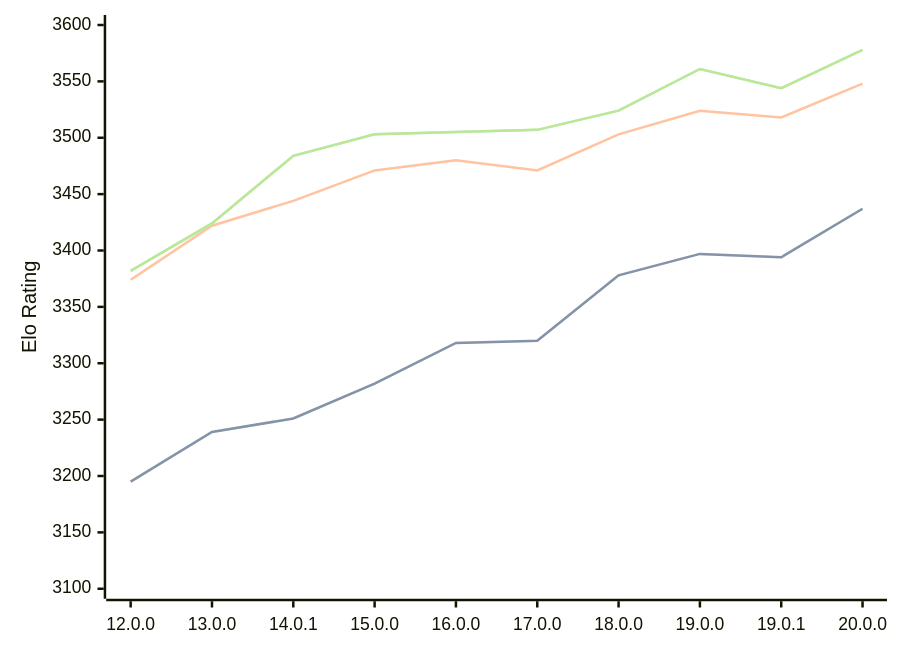
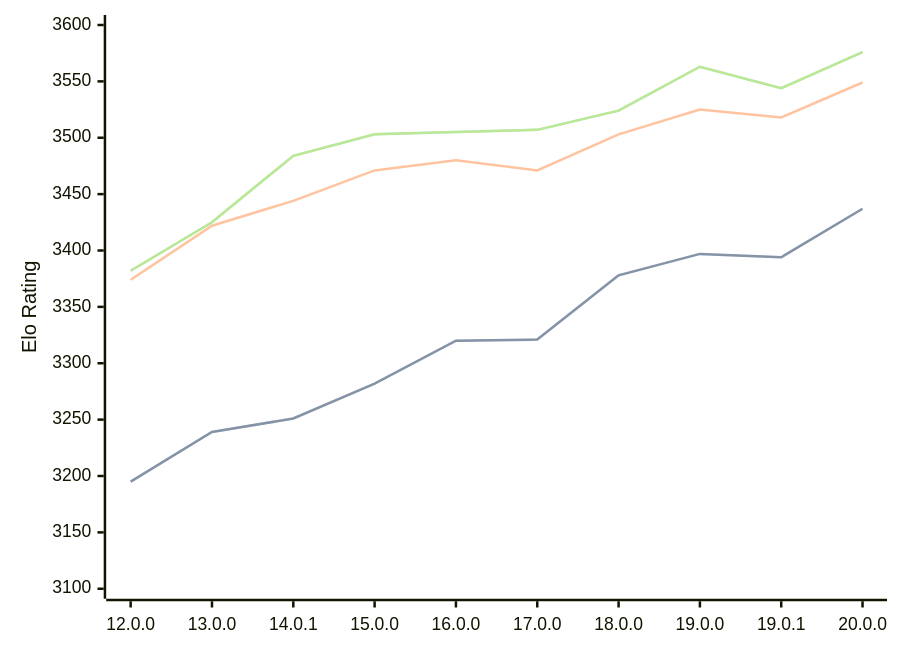
Before and after one commit to computer-chess-index/cci: the diagram in engines/Viridithas.md, drawn with Mermaid. The commit also changed other lines of this file, not shown here.

Commit message:
Update CCI Ratings (ELO VLTC) - 2026-08-17

````diff
--- a/engines/Viridithas.md
+++ b/engines/Viridithas.md
@@ -40,11 +40,11 @@
 ```mermaid
 %%{init: {"theme":"base","themeVariables":{"seriesColors:['#a3a3a3','#222221','#faa371']}}}%%
 xychart-beta
   x-axis ["12.0.0", "13.0.0", "14.0.1", "15.0.0", "16.0.0", "17.0.0", "18.0.0", "19.0.0", "19.0.1", "20.0.0"]
   y-axis "Elo Rating" 3100 --> 3600
-  line "STC (8.0+0.08s)" [3195, 3239, 3251, 3282, 3318, 3320, 3378, 3397, 3394, 3437]
-  line "STC (8.0+0.08s)" [3195, 3239, 3251, 3282, 3318, 3320, 3378, 3397, 3394, 3437]
-  line "LTC (60.0+0.60s)" [3374, 3422, 3444, 3471, 3480, 3471, 3503, 3524, 3518, 3548]
-  line "VLTC (2m24s+1.12s)" [3382, 3424, 3484, 3503, 3505, 3507, 3524, 3561, 3544, 3578]
-  line "VLTC (2m24s+1.12s)" [3382, 3424, 3484, 3503, 3505, 3507, 3524, 3561, 3544, 3578]
+  line "STC (8.0+0.08s)" [3195, 3239, 3251, 3282, 3320, 3321, 3378, 3397, 3394, 3437]
+  line "STC (8.0+0.08s)" [3195, 3239, 3251, 3282, 3320, 3321, 3378, 3397, 3394, 3437]
+  line "LTC (60.0+0.60s)" [3374, 3422, 3444, 3471, 3480, 3471, 3503, 3525, 3518, 3549]
+  line "VLTC (2m24s+1.12s)" [3382, 3425, 3484, 3503, 3505, 3507, 3524, 3563, 3544, 3576]
+  line "VLTC (2m24s+1.12s)" [3382, 3425, 3484, 3503, 3505, 3507, 3524, 3563, 3544, 3576]
 ```
````
